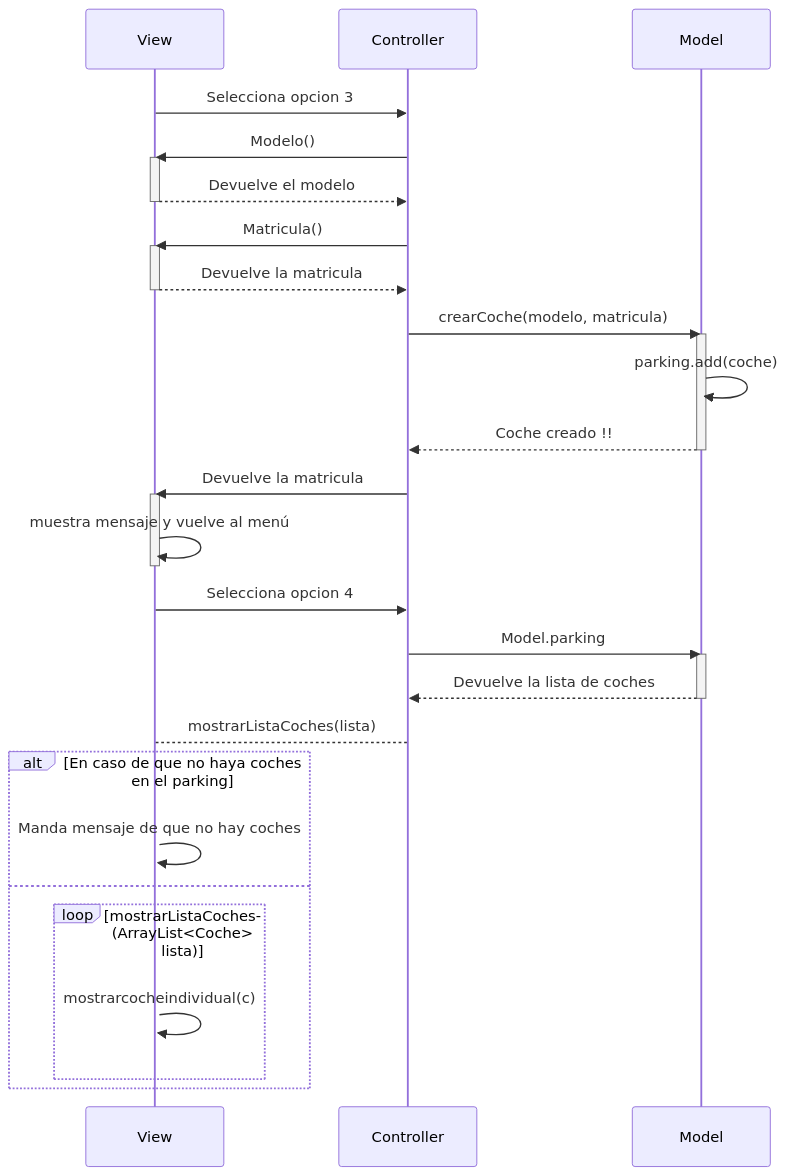
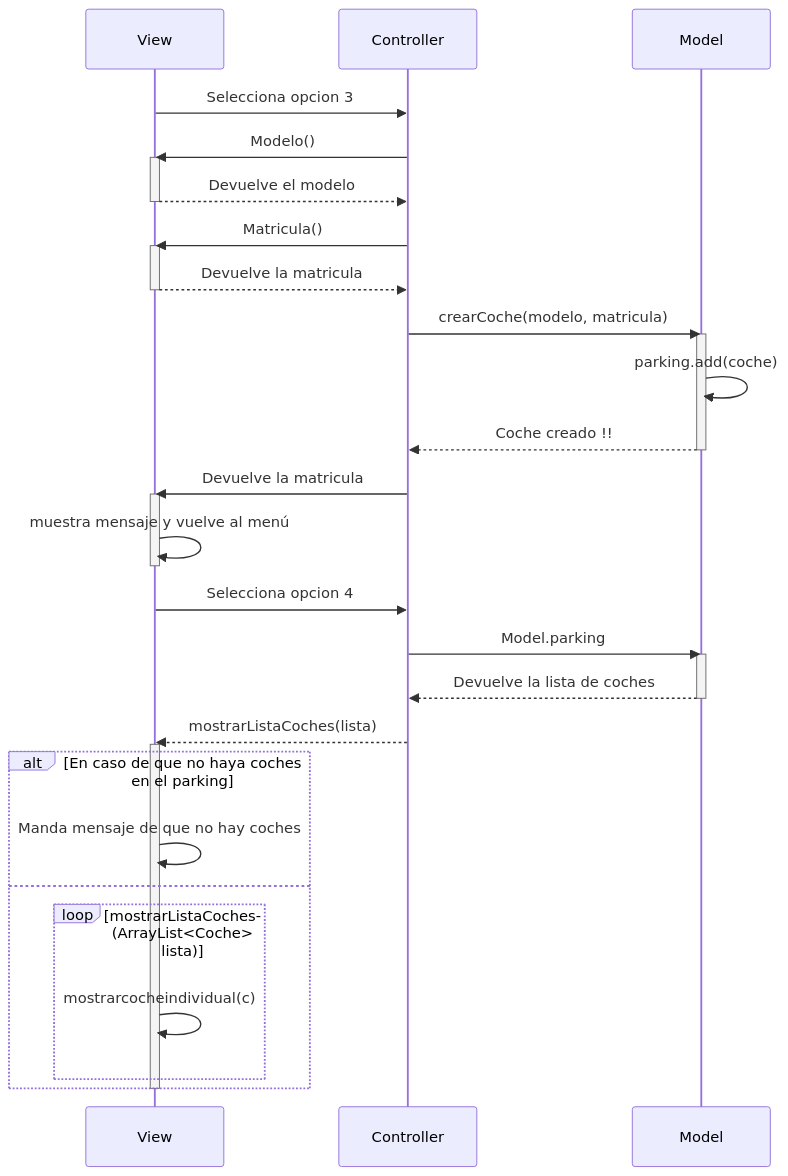
One commit to shermidagre/COD changed the second of 2 diagrams in Readme.md. Above: the diagram before and after it, drawn with Mermaid.

Commit message:
flecha de la view y desactivate la view

````diff
--- a/Readme.md
+++ b/Readme.md
@@ -37,46 +37,46 @@
 ```mermaid
 sequenceDiagram
 participant View
 participant Controller
 participant Model
 
     View->>Controller: Selecciona opcion 3
     Controller->>View: Modelo()
     activate View
     View-->>Controller: Devuelve el modelo
     deactivate View
     
     Controller->>View: Matricula()
     activate View
     View-->>Controller: Devuelve la matricula
     deactivate View
     
     Controller->>Model: crearCoche(modelo, matricula)
     activate Model
     Model->>Model: parking.add(coche)
     Model-->>Controller: Coche creado !!
     deactivate Model
     
     Controller->>View: Devuelve la matricula
     activate View
     View->>View: muestra mensaje y vuelve al menú
     deactivate View
     
     View->>Controller: Selecciona opcion 4
     Controller->>Model: Model.parking
     activate Model
     Model-->>Controller: Devuelve la lista de coches
     deactivate Model
-    Controller-->View: mostrarListaCoches(lista)
+    Controller-->>View: mostrarListaCoches(lista)
     activate View
     alt En caso de que no haya coches en el parking
     View->>View: Manda mensaje de que no hay coches
     else 
         loop mostrarListaCoches(ArrayList<Coche> lista) 
             View->>View: mostrarcocheindividual(c)
         end
         end
-    
+    deactivate View
     
     
 ```
````
